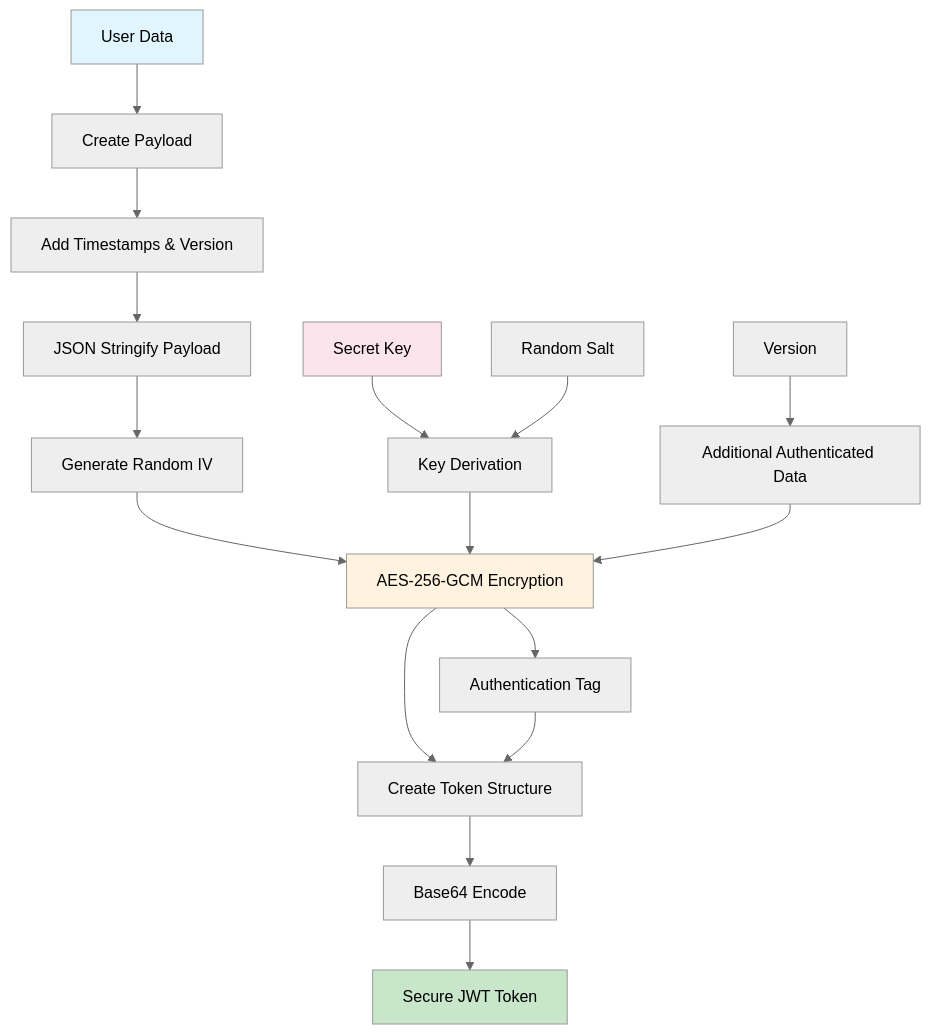
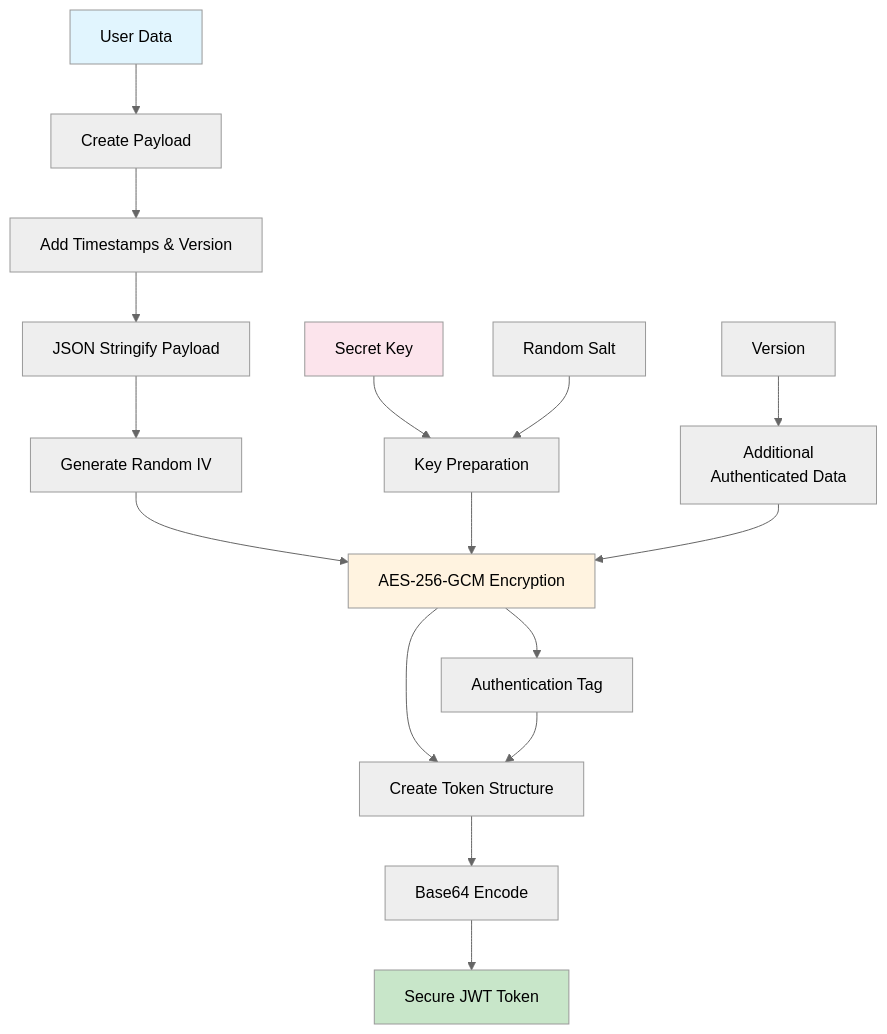
The first of 2 diagrams in README.md (NeaByteLab/Secure-JWT), drawn with Mermaid (neutral theme) before and after one commit. The commit also changed other lines of this file and 14 other files, not shown here.

First line of the commit message:
feat(security): improve data validation & required secret key :lock:

````diff
--- a/README.md
+++ b/README.md
@@ -194,26 +194,27 @@
 ```mermaid
 graph TD
     A[User Data] --> B[Create Payload]
     B --> C[Add Timestamps & Version]
     C --> D[JSON Stringify Payload]
     D --> E[Generate Random IV]
     E --> F[AES-256-GCM Encryption]
     F --> G[Create Token Structure]
     G --> H[Base64 Encode]
     H --> I[Secure JWT Token]
-    
-    J[Secret Key] --> K[Key Derivation]
+
+    J[Secret Key] --> K[Key Preparation]
     K --> F
     L[Random Salt] --> K
-    
-    M[Version] --> N[Additional Authenticated Data]
+
+    M[Version] --> N[Additional
+    Authenticated Data]
     N --> F
-    
+
     F --> O[Authentication Tag]
     O --> G
-    
+
     style A fill:#e1f5fe,color:#000
     style I fill:#c8e6c9,color:#000
     style F fill:#fff3e0,color:#000
     style J fill:#fce4ec,color:#000
 ```
````
